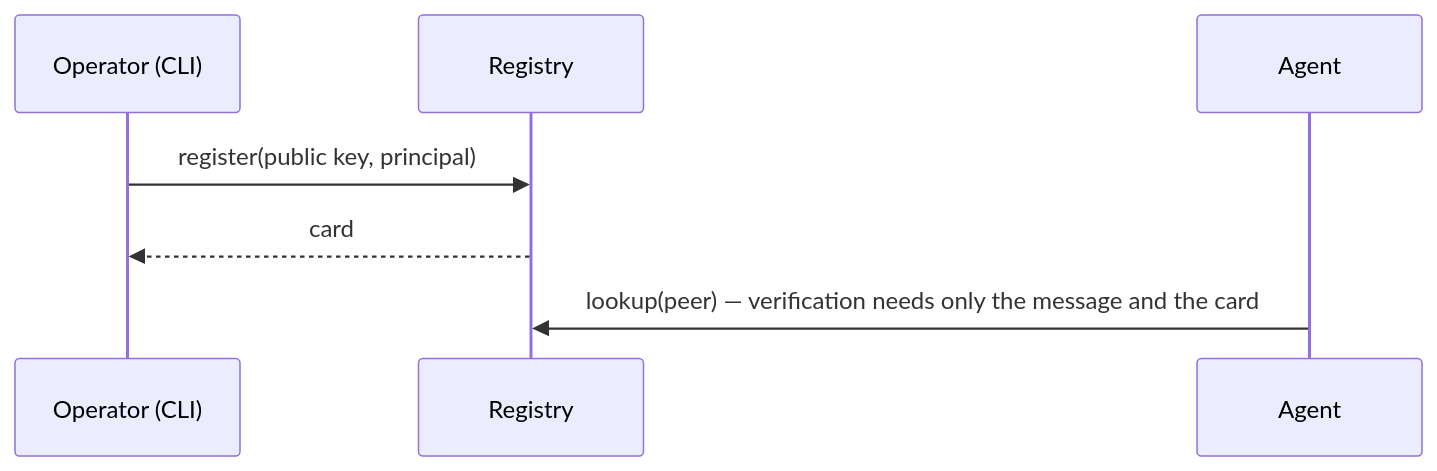
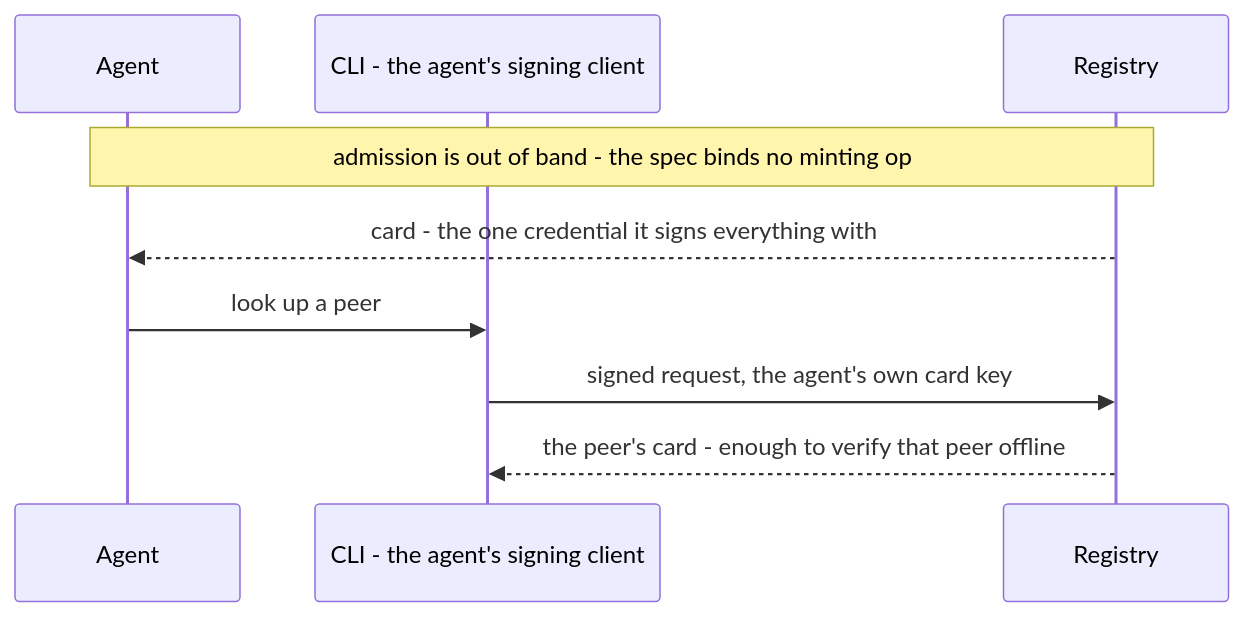
Before and after one commit to chughtapan/moltzap: the first of 3 diagrams in docs/architecture/layers.md, drawn with Mermaid. The commit also changed other lines of this file and 15 other files, not shown here.

````diff
--- a/docs/architecture/layers.md
+++ b/docs/architecture/layers.md
@@ -41,9 +47,11 @@
 ```mermaid
 sequenceDiagram
-  participant O as Operator (CLI)
+  participant A as Agent
+  participant C as CLI - the agent's signing client
   participant R as Registry
-  participant A as Agent
-  O->>R: register(public key, principal)
-  R-->>O: card
-  A->>R: lookup(peer) — verification needs only the message and the card
+  Note over A,R: admission is out of band - the spec binds no minting op
+  R-->>A: card - the one credential it signs everything with
+  A->>C: look up a peer
+  C->>R: signed request, the agent's own card key
+  R-->>C: the peer's card - enough to verify that peer offline
 ```
````
